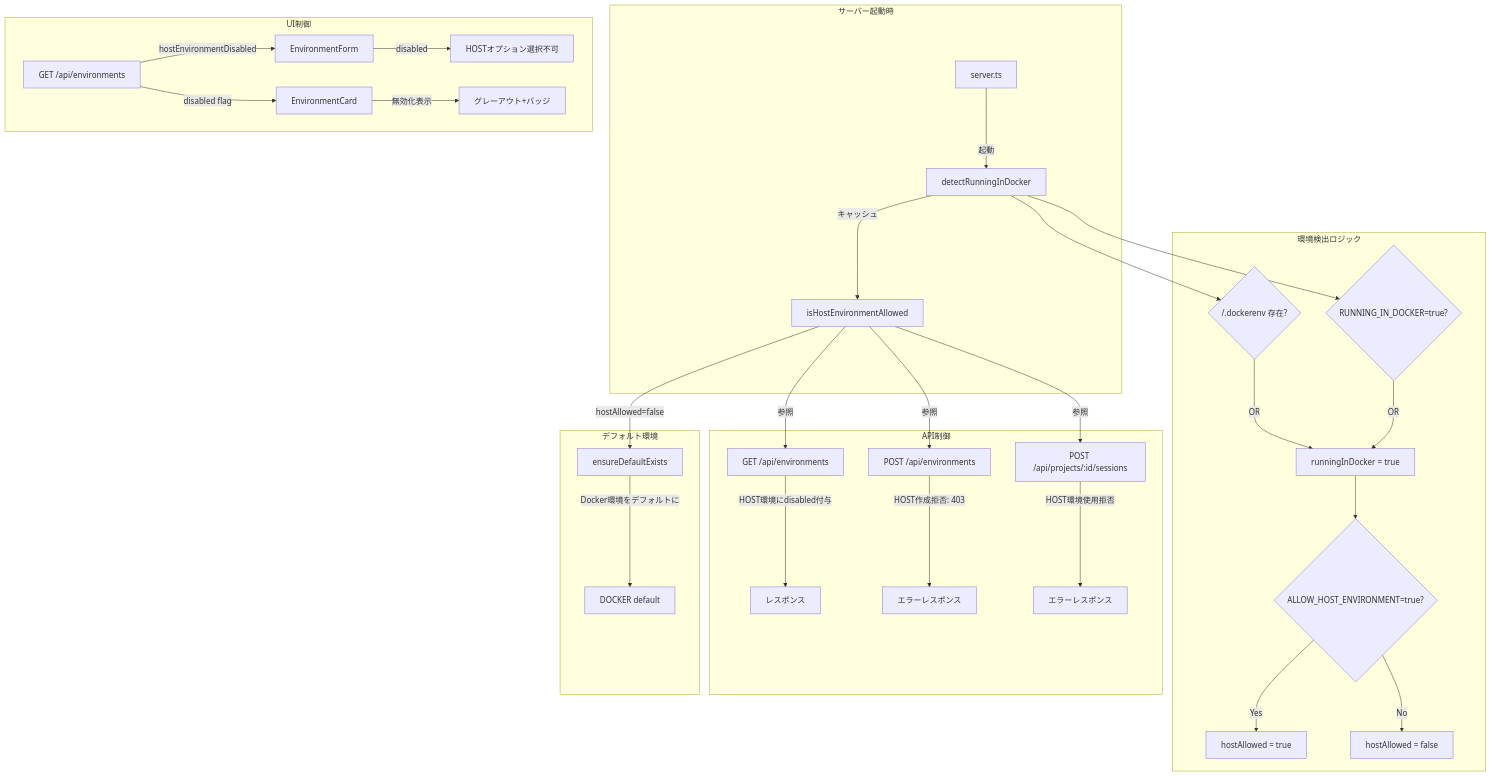
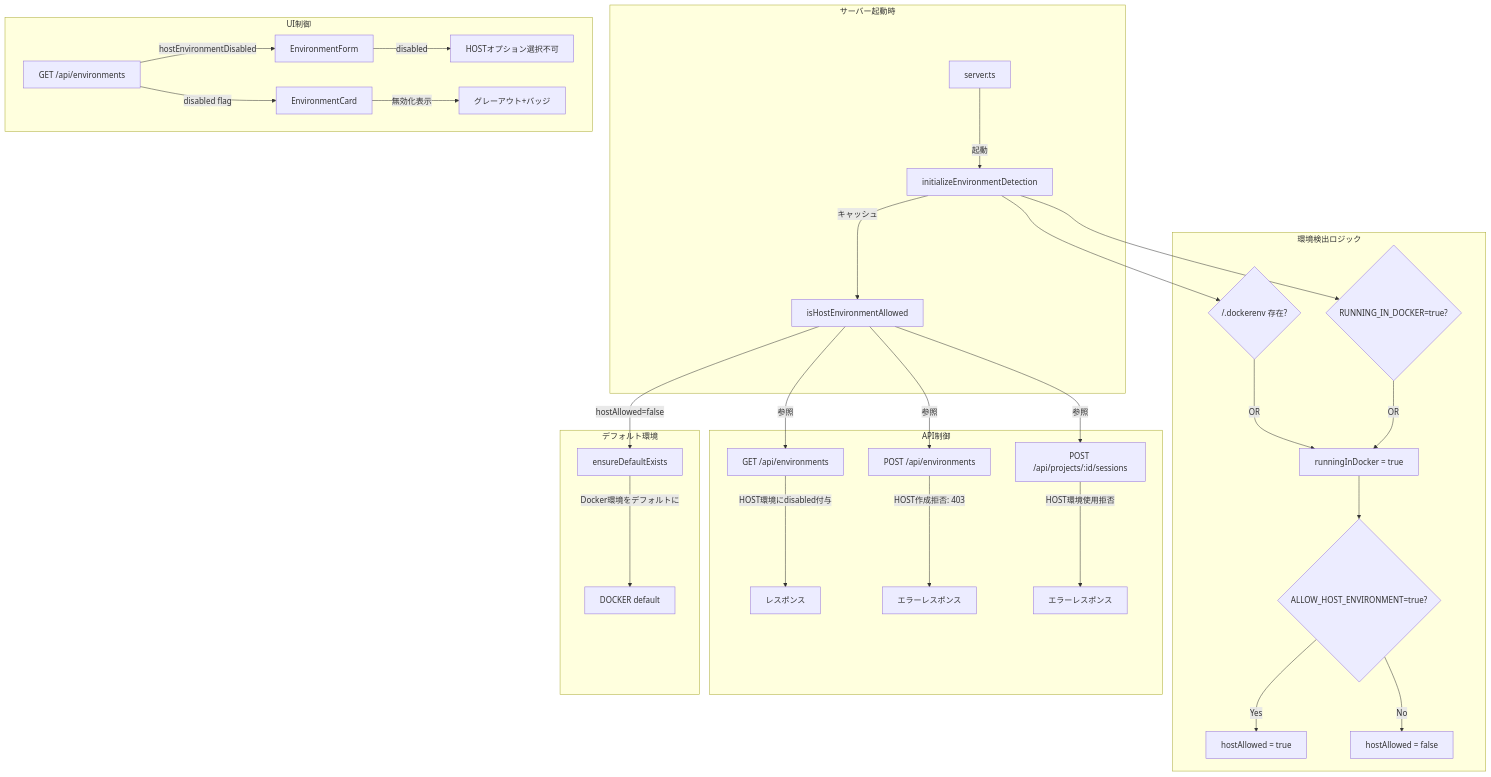
Before and after one commit to windschord/claude-work: the diagram in docs/sdd/design/disable-host-in-docker/design.md, drawn with Mermaid. The commit also changed 7 other files, not shown here.

````diff
--- a/docs/sdd/design/disable-host-in-docker/design.md
+++ b/docs/sdd/design/disable-host-in-docker/design.md
@@ -14,38 +14,38 @@
 ```mermaid
 graph TD
     subgraph "サーバー起動時"
-        A[server.ts] -->|起動| B[detectRunningInDocker]
+        A[server.ts] -->|起動| B[initializeEnvironmentDetection]
         B -->|キャッシュ| C[isHostEnvironmentAllowed]
     end
 
     subgraph "環境検出ロジック"
         B --> D{/.dockerenv 存在?}
         B --> E{RUNNING_IN_DOCKER=true?}
         D -->|OR| F[runningInDocker = true]
         E -->|OR| F
         F --> G{ALLOW_HOST_ENVIRONMENT=true?}
         G -->|Yes| H[hostAllowed = true]
         G -->|No| I[hostAllowed = false]
     end
 
     subgraph "API制御"
         C -->|参照| J[GET /api/environments]
         C -->|参照| K[POST /api/environments]
         C -->|参照| L[POST /api/projects/:id/sessions]
         J -->|HOST環境にdisabled付与| M[レスポンス]
         K -->|HOST作成拒否: 403| N[エラーレスポンス]
         L -->|HOST環境使用拒否| O[エラーレスポンス]
     end
 
     subgraph "UI制御"
         P[GET /api/environments] -->|hostEnvironmentDisabled| Q[EnvironmentForm]
         Q -->|disabled| R[HOSTオプション選択不可]
         P -->|disabled flag| S[EnvironmentCard]
         S -->|無効化表示| T[グレーアウト+バッジ]
     end
 
     subgraph "デフォルト環境"
         C -->|hostAllowed=false| U[ensureDefaultExists]
         U -->|Docker環境をデフォルトに| V[DOCKER default]
     end
 ```
````
